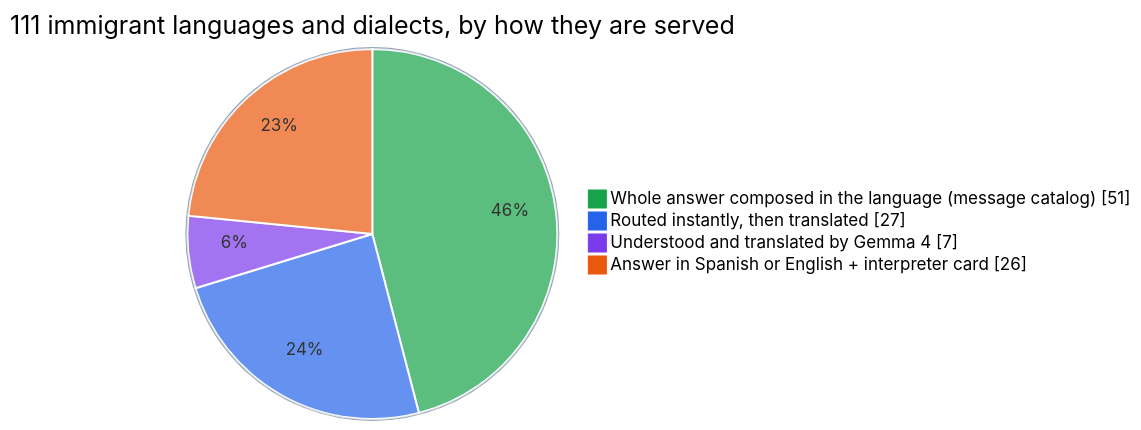
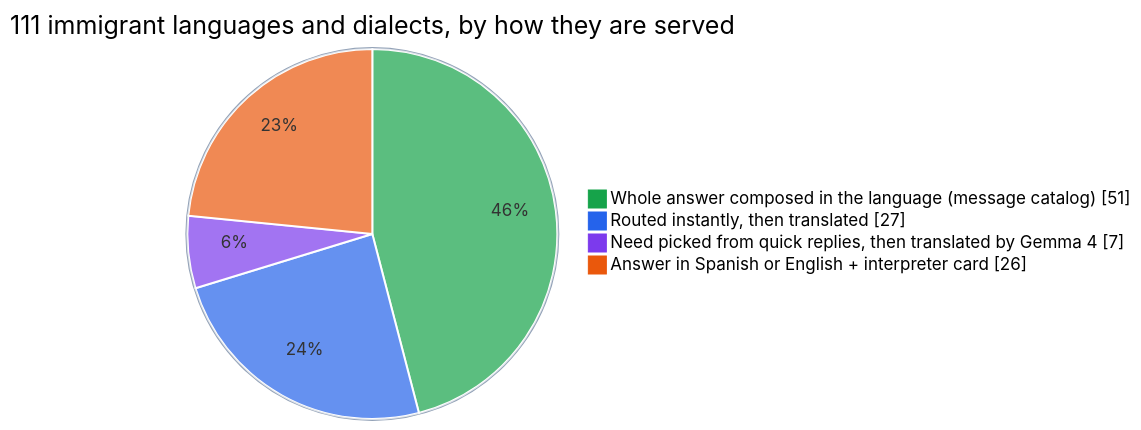
One commit to Anbu-00001/CivicMesh changed the third of 11 diagrams in README.md. Above: the diagram before and after it, drawn with Mermaid. The commit also changed other lines of this file and 24 other files, not shown here.

````diff
--- a/README.md
+++ b/README.md
@@ -200,9 +206,9 @@
 ```mermaid
 %%{init: {"themeVariables": {"pie1": "#16a34a", "pie2": "#2563eb", "pie3": "#7c3aed", "pie4": "#ea580c", "pieStrokeColor": "#ffffff", "pieOuterStrokeColor": "#94a3b8"}}}%%
 pie showData
     title 111 immigrant languages and dialects, by how they are served
     "Whole answer composed in the language (message catalog)" : 51
     "Routed instantly, then translated" : 27
-    "Understood and translated by Gemma 4" : 7
+    "Need picked from quick replies, then translated by Gemma 4" : 7
     "Answer in Spanish or English + interpreter card" : 26
 ```
````
